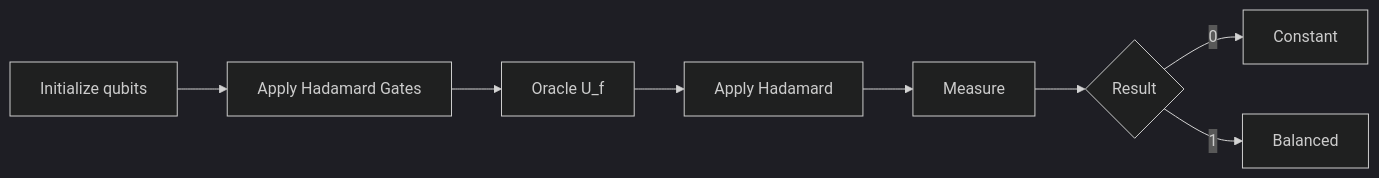
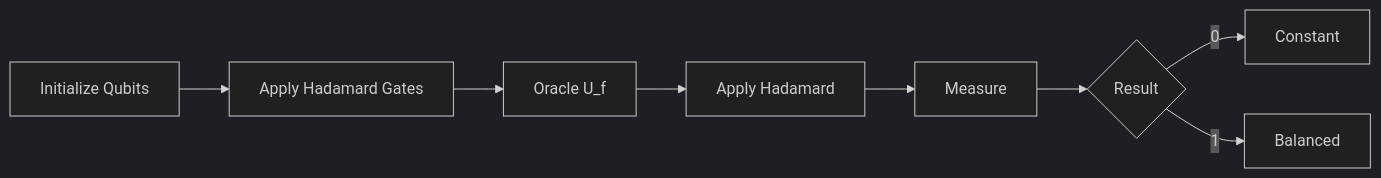
Before and after one commit to GautamaAditya/deutsch-algorithm: the first of 2 diagrams in README.md, drawn with Mermaid (dark theme). The commit also changed other lines of this file, not shown here.

````diff
--- a/README.md
+++ b/README.md
@@ -82,18 +101,18 @@
 ```mermaid
 flowchart LR
 
-A[Initialize qubits]
+A[Initialize Qubits]
 -->B[Apply Hadamard Gates]
 
 B-->C[Oracle U_f]
 
 C-->D[Apply Hadamard]
 
 D-->E[Measure]
 
 E-->F{Result}
 
 F-->|0|G[Constant]
 
 F-->|1|H[Balanced]
 ```
````
